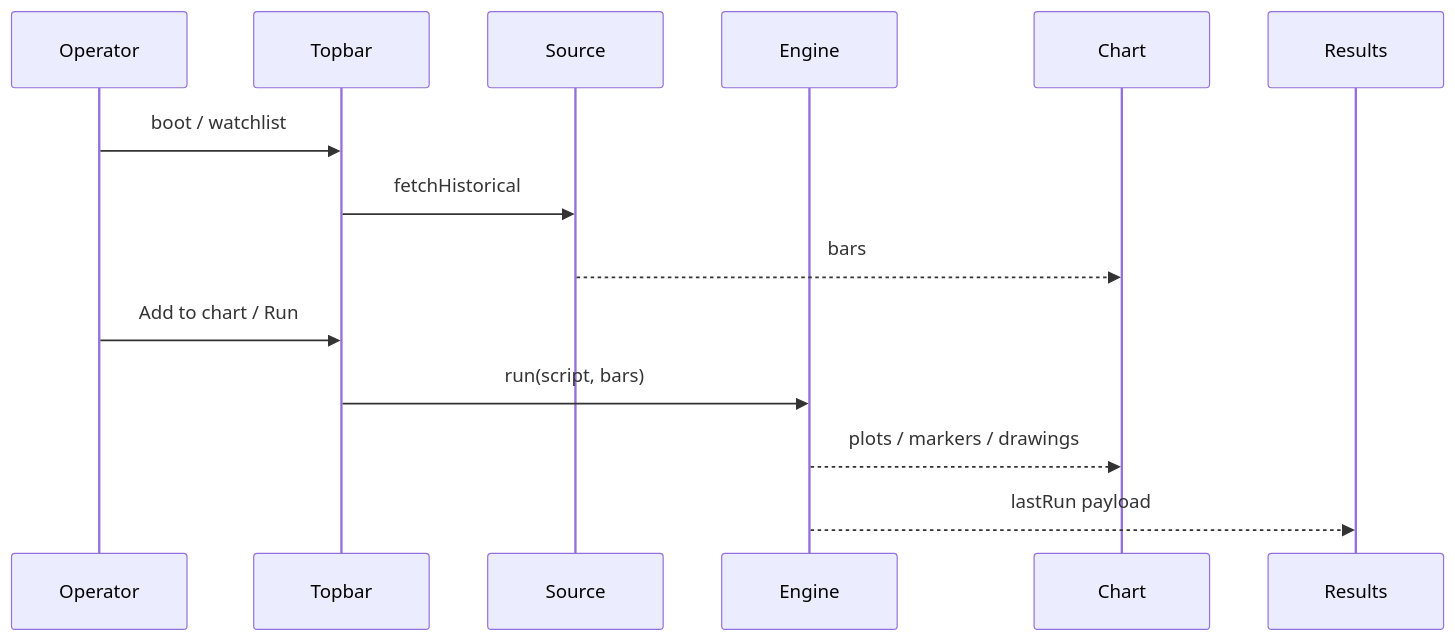
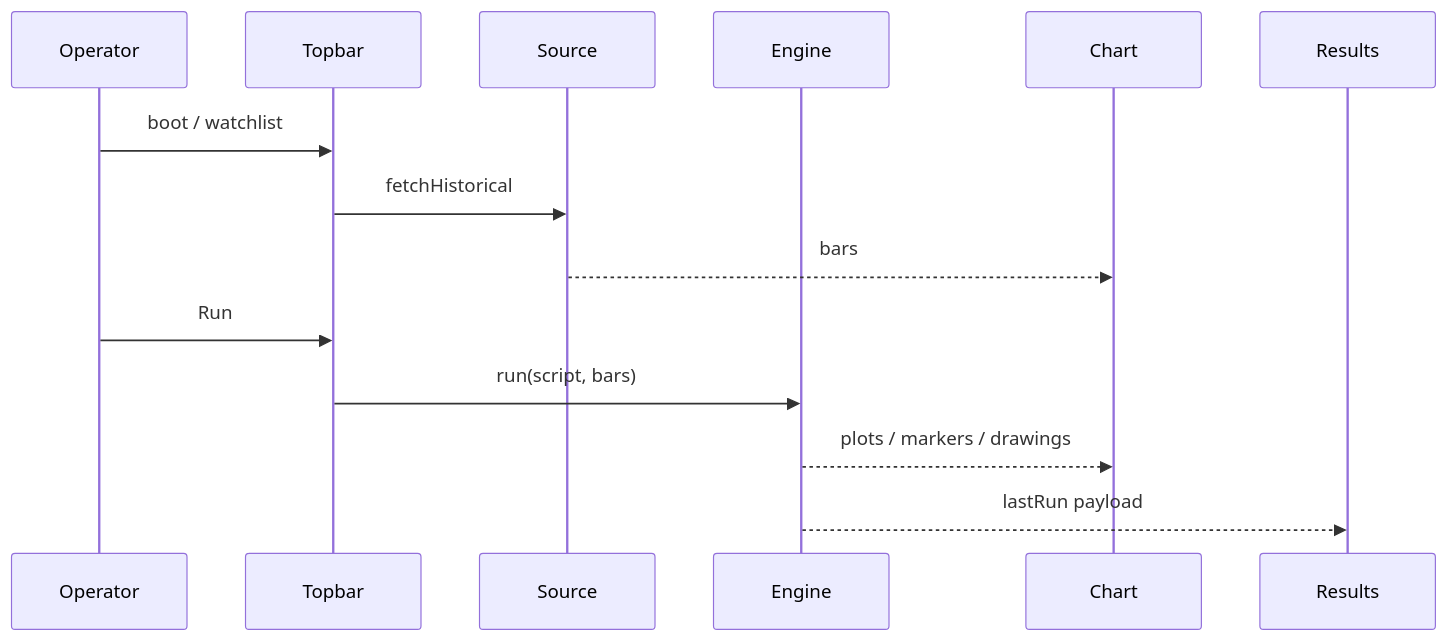
Before and after one commit to hoox-sh/axis: the diagram in docs/enduser/getting-started/quick-start.mdx, drawn with Mermaid. The commit also changed other lines of this file and 94 other files, not shown here.

````diff
--- a/docs/enduser/getting-started/quick-start.mdx
+++ b/docs/enduser/getting-started/quick-start.mdx
@@ -48,16 +48,16 @@
 ```mermaid
 sequenceDiagram
   participant U as Operator
   participant T as Topbar
   participant S as Source
   participant E as Engine
   participant C as Chart
   participant R as Results
   U->>T: boot / watchlist
   T->>S: fetchHistorical
   S-->>C: bars
-  U->>T: Add to chart / Run
+  U->>T: Run
   T->>E: run(script, bars)
   E-->>C: plots / markers / drawings
   E-->>R: lastRun payload
 ```
````
